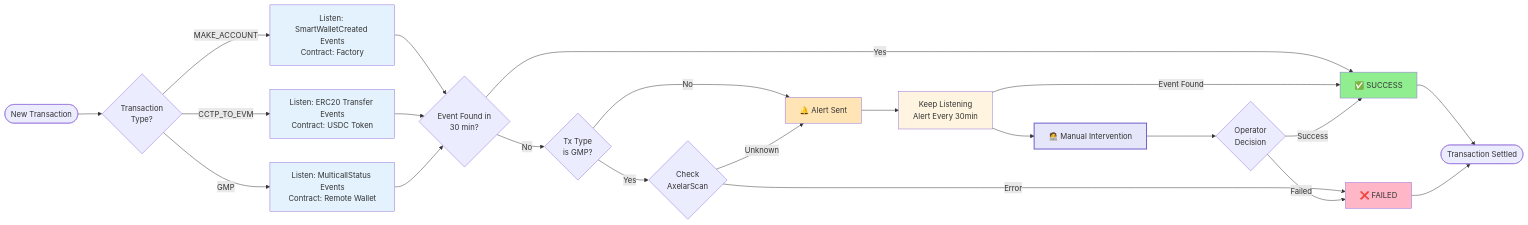
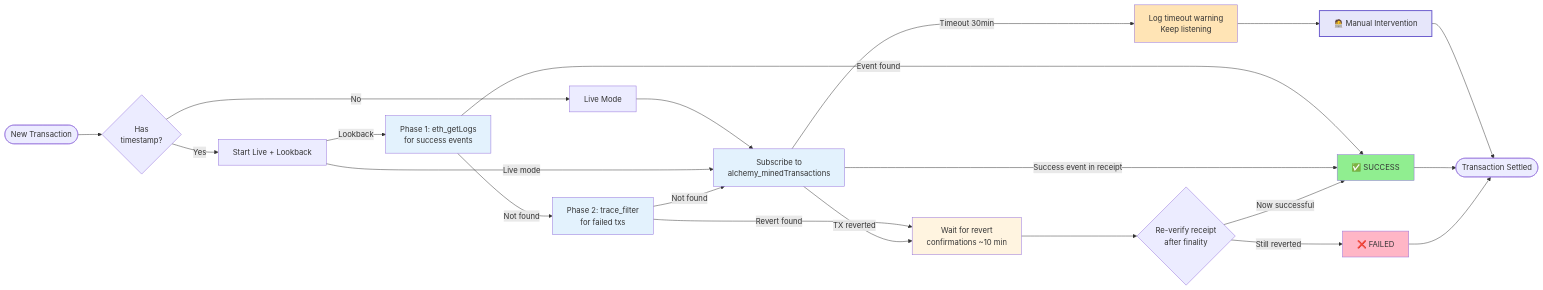
Before and after one commit to gibson042/agoric-sdk: the second of 3 diagrams in packages/portfolio-contract/resolver-service.md, drawn with Mermaid. The commit also changed other lines of this file, not shown here.

````diff
--- a/packages/portfolio-contract/resolver-service.md
+++ b/packages/portfolio-contract/resolver-service.md
@@ -146,43 +201,41 @@
 ```mermaid
 flowchart LR
-  Start([New Transaction]) --> TxType{Transaction<br/>Type?}
+  Start([New Transaction]) --> Mode{Has<br/>timestamp?}
 
-  TxType -->|MAKE_ACCOUNT| ListenMA[Listen: SmartWalletCreated Events<br/>Contract: Factory]
-  TxType -->|CCTP_TO_EVM| ListenCCTP[Listen: ERC20 Transfer Events<br/>Contract: USDC Token]
-  TxType -->|GMP| ListenGMP[Listen: MulticallStatus Events<br/>Contract: Remote Wallet]
+  Mode -->|No| LiveOnly[Live Mode]
+  Mode -->|Yes| Both[Start Live + Lookback]
 
-  ListenMA --> Wait{Event Found in<br/>30 min?}
-  ListenCCTP --> Wait
-  ListenGMP --> Wait
+  LiveOnly --> LiveSub
+  Both -->|Live mode| LiveSub[Subscribe to<br/>alchemy_minedTransactions]
+  Both -->|Lookback| Phase1[Phase 1: eth_getLogs<br/>for success events]
 
-  Wait -->|Yes| Success[✅ SUCCESS]
-  Wait -->|No| NoEvent{Tx Type<br/>is GMP?}
+  Phase1 -->|Event found| Success[✅ SUCCESS]
+  Phase1 -->|Not found| Phase2[Phase 2: trace_filter<br/>for failed txs]
 
-  NoEvent -->|No| Alert[🔔 Alert Sent]
-  NoEvent -->|Yes| Check{Check<br/>AxelarScan}
+  Phase2 -->|Revert found| Finality[Wait for revert<br/>confirmations ~10 min]
+  Phase2 -->|Not found| LiveSub
 
-  Check -->|Error| Failed[❌ FAILED]
-  Check -->|Unknown| Alert
+  LiveSub -->|Success event in receipt| Success
+  LiveSub -->|TX reverted| Finality
+  LiveSub -->|Timeout 30min| Log[Log timeout warning<br/>Keep listening]
 
-  Alert --> Loop[Keep Listening<br/>Alert Every 30min]
-  Loop -->|Event Found| Success
+  Finality --> Recheck{Re-verify receipt<br/>after finality}
+  Recheck -->|Still reverted| Failed[❌ FAILED]
+  Recheck -->|Now successful| Success
 
-  %% 👇 Explicit manual step (very visible)
-  Loop --> Manual[🧑‍💻 Manual Intervention]
-  Manual --> Decide{Operator<br/>Decision}
-  Decide -->|Success| Success
-  Decide -->|Failed| Failed
+  Log --> Manual[🧑‍💻 Manual Intervention]
+  Manual --> Done
 
   Success --> Done([Transaction Settled])
   Failed --> Done
 
   style Success fill:#90EE90
   style Failed fill:#FFB6C6
-  style ListenMA fill:#E3F2FD
-  style ListenCCTP fill:#E3F2FD
-  style ListenGMP fill:#E3F2FD
-  style Alert fill:#FFE4B5
-  style Loop fill:#FFF4E0
+  style Phase1 fill:#E3F2FD
+  style Phase2 fill:#E3F2FD
+  style LiveSub fill:#E3F2FD
+  style Finality fill:#FFF4E0
+  style Log fill:#FFE4B5
   style Manual fill:#E6E6FA,stroke:#6A5ACD,stroke-width:2px
 
 ```
````
